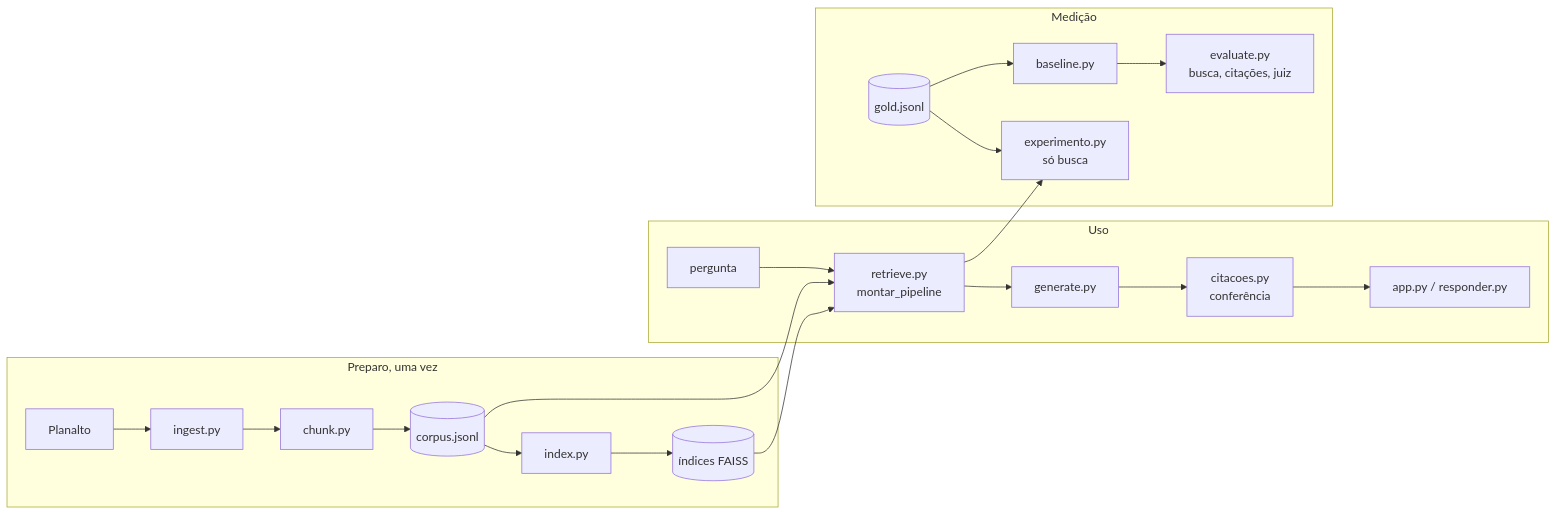
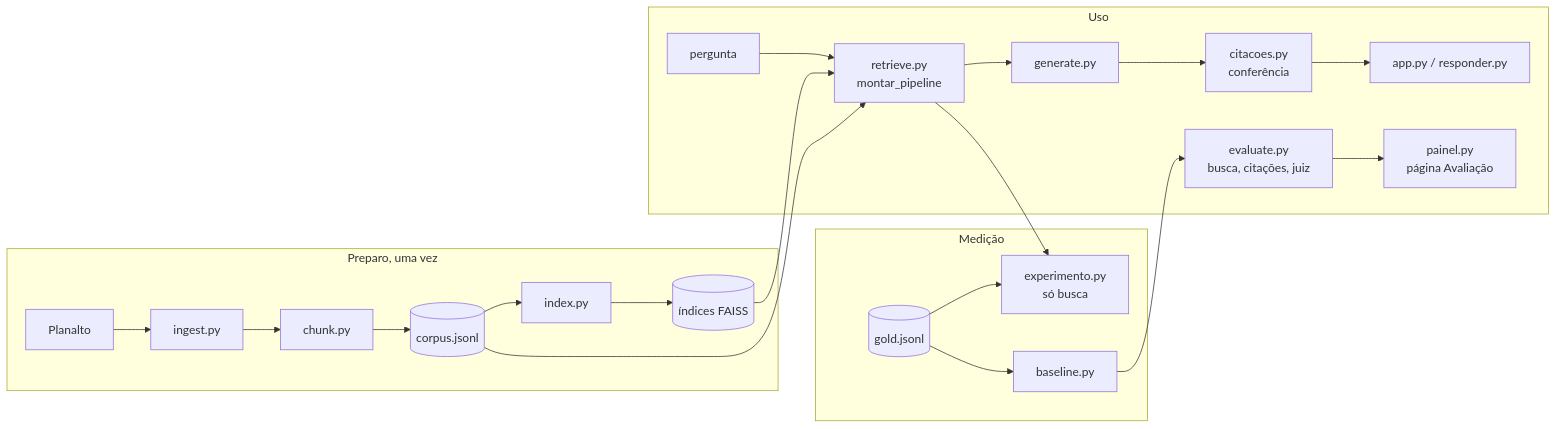
One commit to TekhneDev/rag-leis changed the diagram in docs/ARQUITETURA.md. Above: the diagram before and after it, drawn with Mermaid. The commit also changed other lines of this file and 10 other files, not shown here.

````diff
--- a/docs/ARQUITETURA.md
+++ b/docs/ARQUITETURA.md
@@ -9,19 +9,20 @@
 ```mermaid
 flowchart LR
   subgraph preparo[Preparo, uma vez]
     P[Planalto] --> I[ingest.py] --> C[chunk.py] --> K[(corpus.jsonl)]
     K --> X[index.py] --> F[(índices FAISS)]
   end
   subgraph uso[Uso]
     Q[pergunta] --> R[retrieve.py<br/>montar_pipeline]
     R --> G[generate.py] --> V[citacoes.py<br/>conferência]
     V --> A[app.py / responder.py]
+    L --> PA[painel.py<br/>página Avaliação]
   end
   subgraph medicao[Medição]
     O[(gold.jsonl)] --> E[experimento.py<br/>só busca]
     O --> B[baseline.py] --> L[evaluate.py<br/>busca, citações, juiz]
   end
   F --> R
   K --> R
   R --> E
 ```
````
